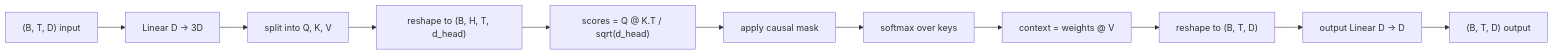
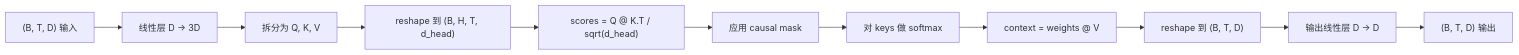
One commit to alessandrodinisio-ai/ai-engineering-learning-framework changed the first of 2 diagrams in phases/19-capstone-projects/33-multihead-self-attention/docs/zh.md. Above: the diagram before and after it, drawn with Mermaid. The commit also changed other lines of this file and 120 other files, not shown here.

First line of the commit message:
i18n(mermaid): 337 个 mermaid 图表标签中文化

````diff
--- a/phases/19-capstone-projects/33-multihead-self-attention/docs/zh.md
+++ b/phases/19-capstone-projects/33-multihead-self-attention/docs/zh.md
@@ -29,13 +29,13 @@
 ```mermaid
 flowchart LR
-    A["(B, T, D) input"] --> B[Linear D -> 3D]
-    B --> C["split into Q, K, V"]
-    C --> D["reshape to (B, H, T, d_head)"]
+    A["(B, T, D) 输入"] --> B[线性层 D -> 3D]
+    B --> C["拆分为 Q, K, V"]
+    C --> D["reshape 到 (B, H, T, d_head)"]
     D --> E["scores = Q @ K.T / sqrt(d_head)"]
-    E --> F[apply causal mask]
-    F --> G[softmax over keys]
+    E --> F[应用 causal mask]
+    F --> G[对 keys 做 softmax]
     G --> H["context = weights @ V"]
-    H --> I["reshape to (B, T, D)"]
-    I --> J[output Linear D -> D]
-    J --> K["(B, T, D) output"]
+    H --> I["reshape 到 (B, T, D)"]
+    I --> J[输出线性层 D -> D]
+    J --> K["(B, T, D) 输出"]
 ```
````
